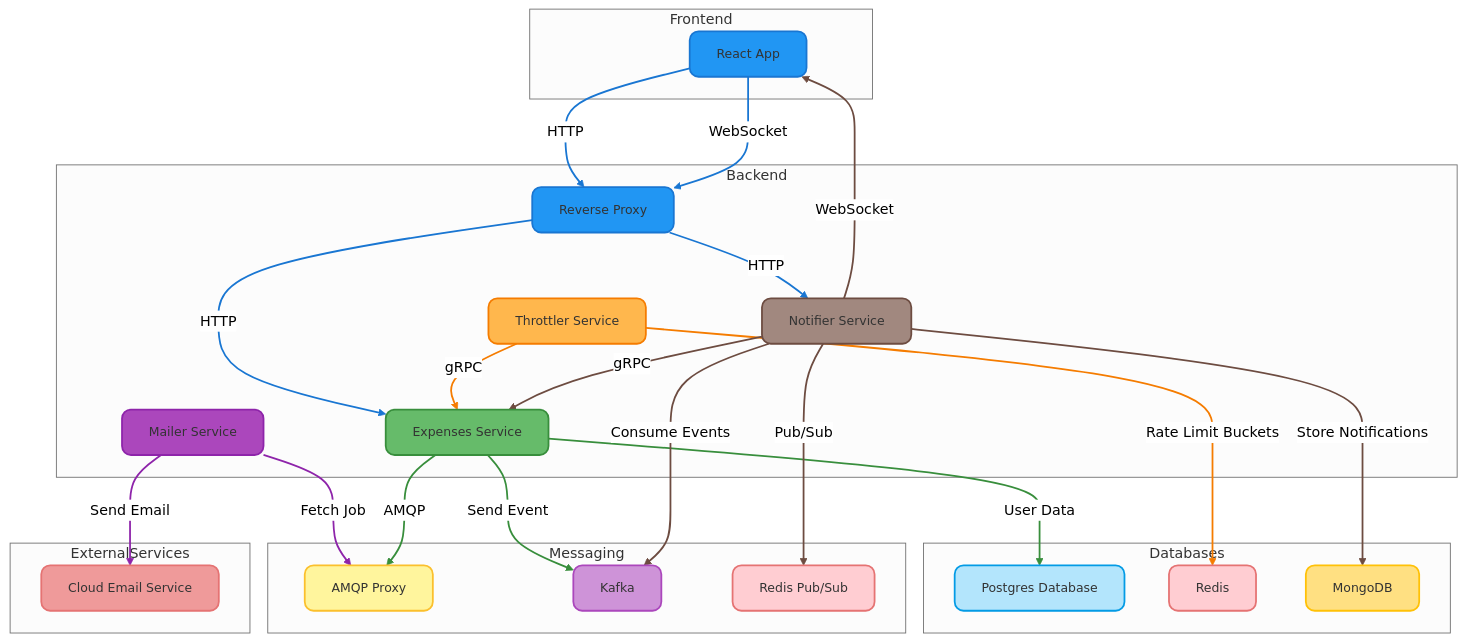
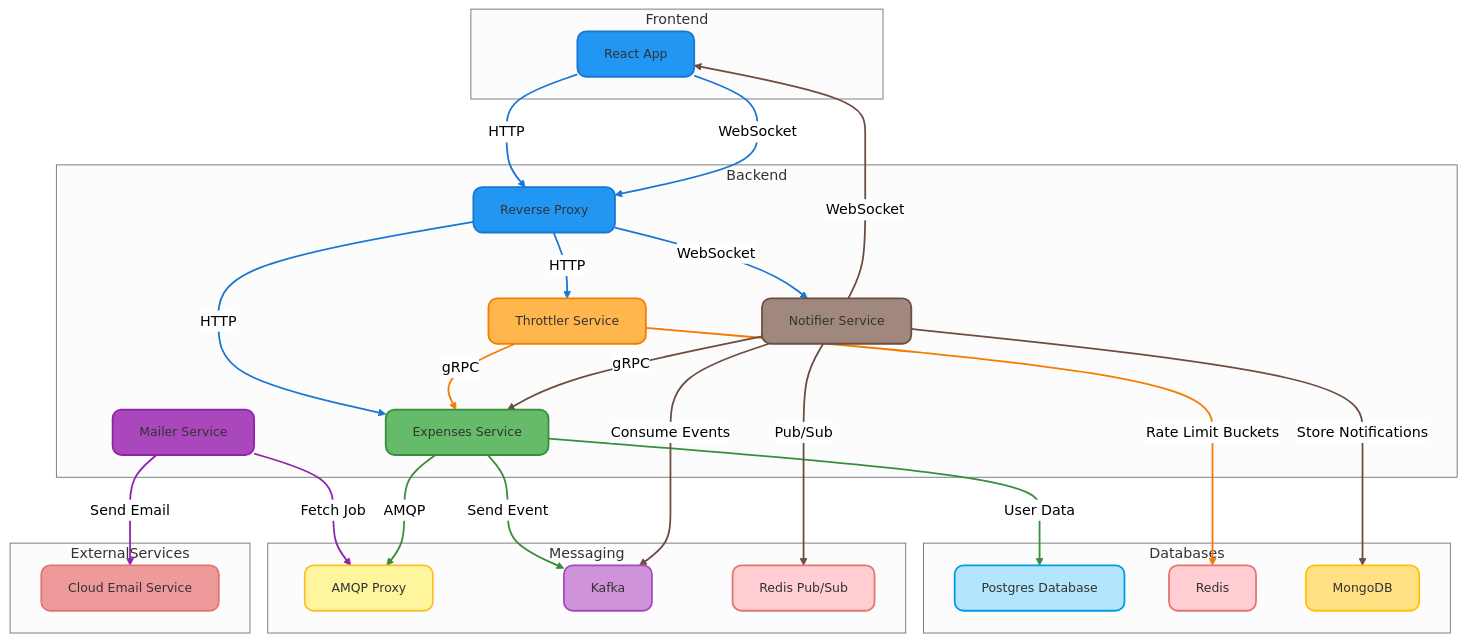
One commit to hasAnybodySeenHarry/expenses changed the diagram in README.md. Above: the diagram before and after it, drawn with Mermaid (neutral theme).

Commit message:
Modified messaging order

````diff
--- a/README.md
+++ b/README.md
@@ -7,80 +7,82 @@
 ```mermaid
 graph TD
     style ReactApp fill:#2196F3,stroke:#1976D2,stroke-width:2px,color:#333,font-size:14px,rx:10,ry:10
     style ReverseProxy fill:#2196F3,stroke:#1976D2,stroke-width:2px,color:#333,font-size:14px,rx:10,ry:10
     style Expenses fill:#66BB6A,stroke:#388E3C,stroke-width:2px,color:#333,font-size:14px,rx:10,ry:10
     style Throttler fill:#FFB74D,stroke:#F57C00,stroke-width:2px,color:#333,font-size:14px,rx:10,ry:10
     style Mailer fill:#AB47BC,stroke:#8E24AA,stroke-width:2px,color:#333,font-size:14px,rx:10,ry:10
     style Notifier fill:#A1887F,stroke:#6D4C41,stroke-width:2px,color:#333,font-size:14px,rx:10,ry:10
     style Postgres fill:#B3E5FC,stroke:#039BE5,stroke-width:2px,color:#333,font-size:14px,rx:10,ry:10
     style Redis fill:#FFCDD2,stroke:#E57373,stroke-width:2px,color:#333,font-size:14px,rx:10,ry:10
     style MongoDB fill:#FFE082,stroke:#FFC107,stroke-width:2px,color:#333,font-size:14px,rx:10,ry:10
     style AMQP fill:#FFF59D,stroke:#FBC02D,stroke-width:2px,color:#333,font-size:14px,rx:10,ry:10
     style Kafka fill:#CE93D8,stroke:#AB47BC,stroke-width:2px,color:#333,font-size:14px,rx:10,ry:10
     style RedisPubSub fill:#FFCDD2,stroke:#E57373,stroke-width:2px,color:#333,font-size:14px,rx:10,ry:10
     style CloudEmail fill:#EF9A9A,stroke:#E57373,stroke-width:2px,color:#333,font-size:14px,rx:10,ry:10
 
     subgraph Frontend
         ReactApp[React App]
     end
 
     subgraph Backend
         ReverseProxy[Reverse Proxy]
         Expenses[Expenses Service]
         Throttler[Throttler Service]
         Mailer[Mailer Service]
         Notifier[Notifier Service]
     end
 
     subgraph Databases
         Postgres[Postgres Database]
         Redis[Redis]
         MongoDB[MongoDB]
     end
 
     subgraph Messaging
         Kafka[Kafka]
         RedisPubSub[Redis Pub/Sub]
         AMQP[AMQP Proxy]
     end
 
     subgraph ExternalServices
         CloudEmail[Cloud Email Service]
     end
 
     %% Define connections with labels and directions
     ReactApp -- HTTP --> ReverseProxy
     ReverseProxy -- HTTP --> Expenses
     Expenses -- User Data --> Postgres
     Throttler -- gRPC --> Expenses
     Throttler -- Rate Limit Buckets --> Redis
     Mailer -- Fetch Job --> AMQP
     Expenses -- AMQP --> AMQP
     Mailer -- Send Email --> CloudEmail
     Expenses -- Send Event --> Kafka
     Notifier -- Consume Events --> Kafka
     Notifier -- Store Notifications --> MongoDB
     Notifier -- Pub/Sub --> RedisPubSub
     ReactApp -- WebSocket --> ReverseProxy
-    ReverseProxy -- HTTP --> Notifier
+    ReverseProxy -- WebSocket --> Notifier
     Notifier -- gRPC --> Expenses
     Notifier -- WebSocket --> ReactApp
+    ReverseProxy -- HTTP --> Throttler
 
     %% Style links
     linkStyle 0 stroke:#1976D2,stroke-width:2px
     linkStyle 1 stroke:#1976D2,stroke-width:2px
     linkStyle 2 stroke:#388E3C,stroke-width:2px
     linkStyle 3 stroke:#F57C00,stroke-width:2px
     linkStyle 4 stroke:#F57C00,stroke-width:2px
     linkStyle 5 stroke:#8E24AA,stroke-width:2px
     linkStyle 6 stroke:#388E3C,stroke-width:2px
     linkStyle 7 stroke:#8E24AA,stroke-width:2px
     linkStyle 8 stroke:#388E3C,stroke-width:2px
     linkStyle 9 stroke:#6D4C41,stroke-width:2px
     linkStyle 10 stroke:#6D4C41,stroke-width:2px
     linkStyle 11 stroke:#6D4C41,stroke-width:2px
     linkStyle 12 stroke:#1976D2,stroke-width:2px
     linkStyle 13 stroke:#1976D2,stroke-width:2px
     linkStyle 14 stroke:#6D4C41,stroke-width:2px
     linkStyle 15 stroke:#6D4C41,stroke-width:2px
+    linkStyle 16 stroke:#1976D2,stroke-width:2px
 ```
````
